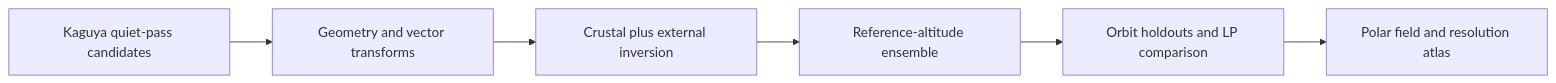
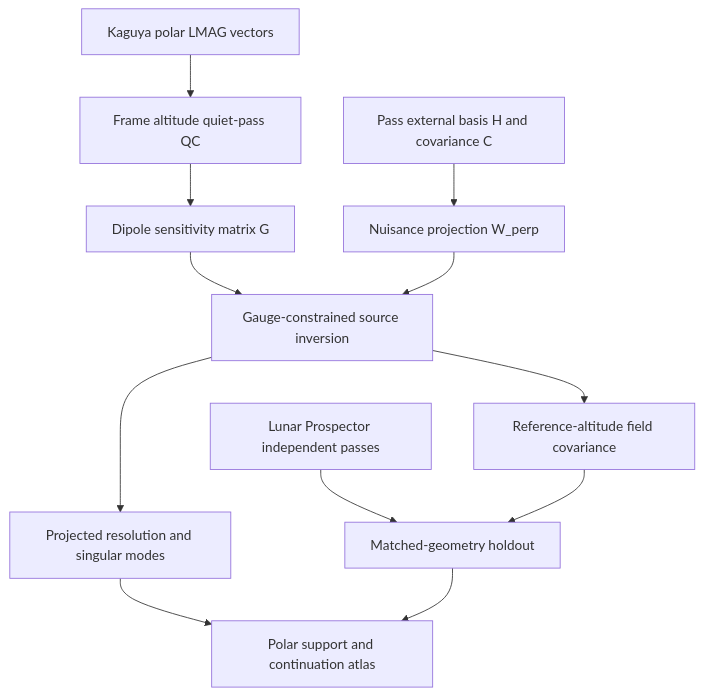
The diagram in visuals/projects/H03.mmd (Personfu/engineering), drawn with Mermaid before and after one commit. The commit also changed 816 other files, not shown here.

```diff
--- a/visuals/projects/H03.mmd
+++ b/visuals/projects/H03.mmd
@@ -1,6 +1,12 @@
-flowchart LR
- A[Kaguya quiet-pass candidates] --> B[Geometry and vector transforms]
- B --> C[Crustal plus external inversion]
- C --> D[Reference-altitude ensemble]
- D --> E[Orbit holdouts and LP comparison]
- E --> F[Polar field and resolution atlas]
+flowchart TB
+ A[Kaguya polar LMAG vectors] --> B[Frame altitude quiet-pass QC]
+ C[Lunar Prospector independent passes] --> D[Matched-geometry holdout]
+ B --> E[Dipole sensitivity matrix G]
+ F[Pass external basis H and covariance C] --> G[Nuisance projection W_perp]
+ E --> H[Gauge-constrained source inversion]
+ G --> H
+ H --> I[Projected resolution and singular modes]
+ H --> J[Reference-altitude field covariance]
+ J --> D
+ I --> K[Polar support and continuation atlas]
+ D --> K
```
